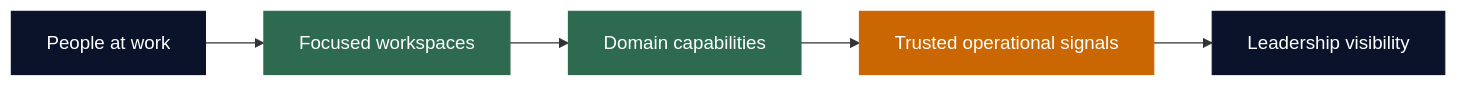
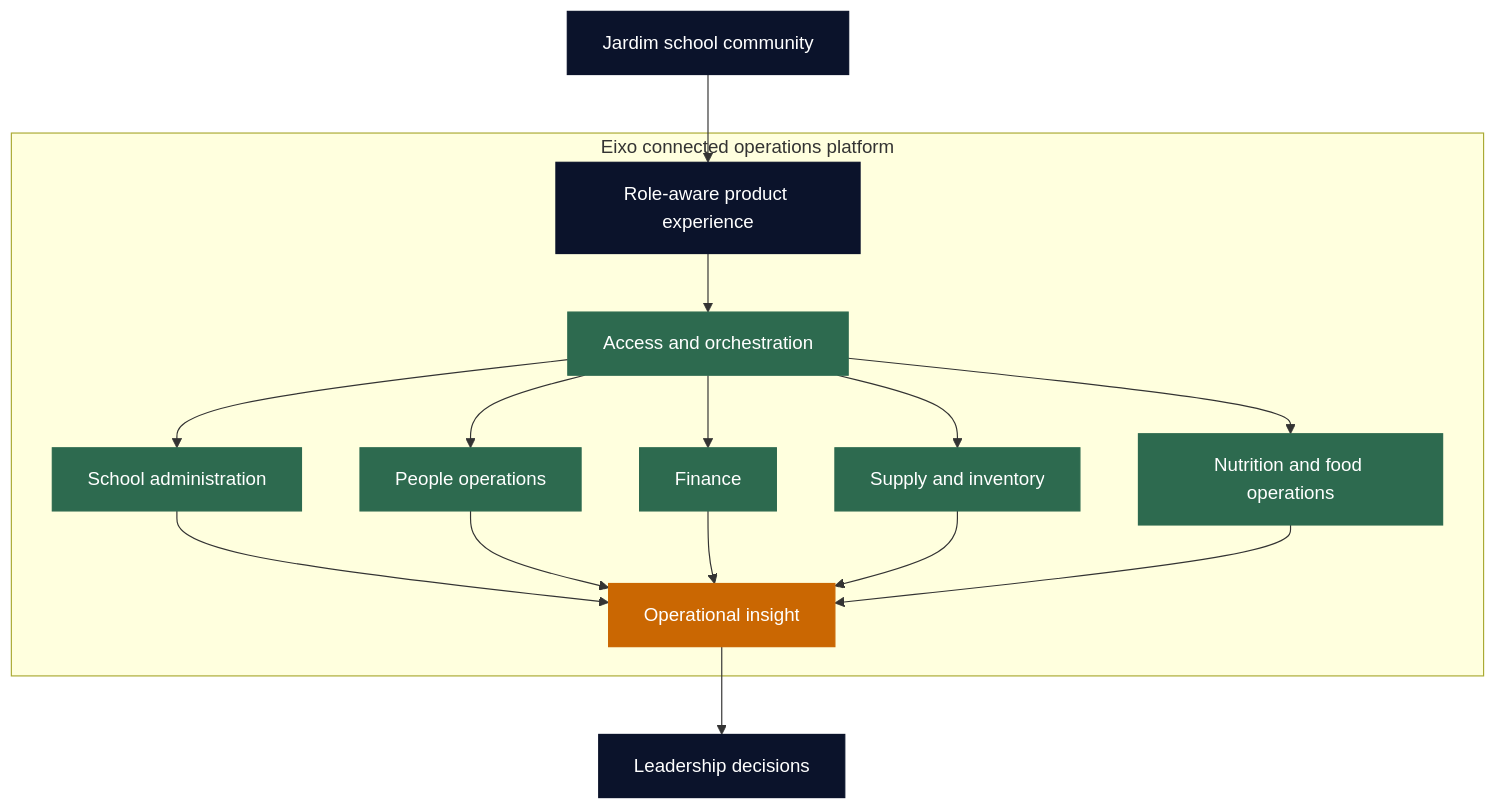
Before and after one commit to maykonlincolnusa/Eixo-jardim-ERP: the diagram in README.md, drawn with Mermaid. The commit also changed other lines of this file and 1 other file, not shown here.

Commit message:
docs: frame Eixo as Jardim engineering case

````diff
--- a/README.md
+++ b/README.md
@@ -46,15 +57,28 @@
 ```mermaid
-flowchart LR
-    A["People at work"] --> B["Focused workspaces"]
-    B --> C["Domain capabilities"]
-    C --> D["Trusted operational signals"]
-    D --> E["Leadership visibility"]
+flowchart TB
+    C["Jardim school community"] --> X["Role-aware product experience"]
 
-    classDef primary fill:#0B132B,stroke:#0B132B,color:#FFFFFF
-    classDef accent fill:#2D6A4F,stroke:#2D6A4F,color:#FFFFFF
-    classDef signal fill:#CA6702,stroke:#CA6702,color:#FFFFFF
+    subgraph E["Eixo connected operations platform"]
+      X --> G["Access and orchestration"]
+      G --> A["School administration"]
+      G --> P["People operations"]
+      G --> F["Finance"]
+      G --> S["Supply and inventory"]
+      G --> N["Nutrition and food operations"]
+      A --> I["Operational insight"]
+      P --> I
+      F --> I
+      S --> I
+      N --> I
+    end
 
-    class A,E primary
-    class B,C accent
-    class D signal
+    I --> L["Leadership decisions"]
+
+    classDef foundation fill:#0B132B,stroke:#0B132B,color:#FFFFFF
+    classDef domain fill:#2D6A4F,stroke:#2D6A4F,color:#FFFFFF
+    classDef insight fill:#CA6702,stroke:#CA6702,color:#FFFFFF
+
+    class C,X,L foundation
+    class G,A,P,F,S,N domain
+    class I insight
 ```
````
